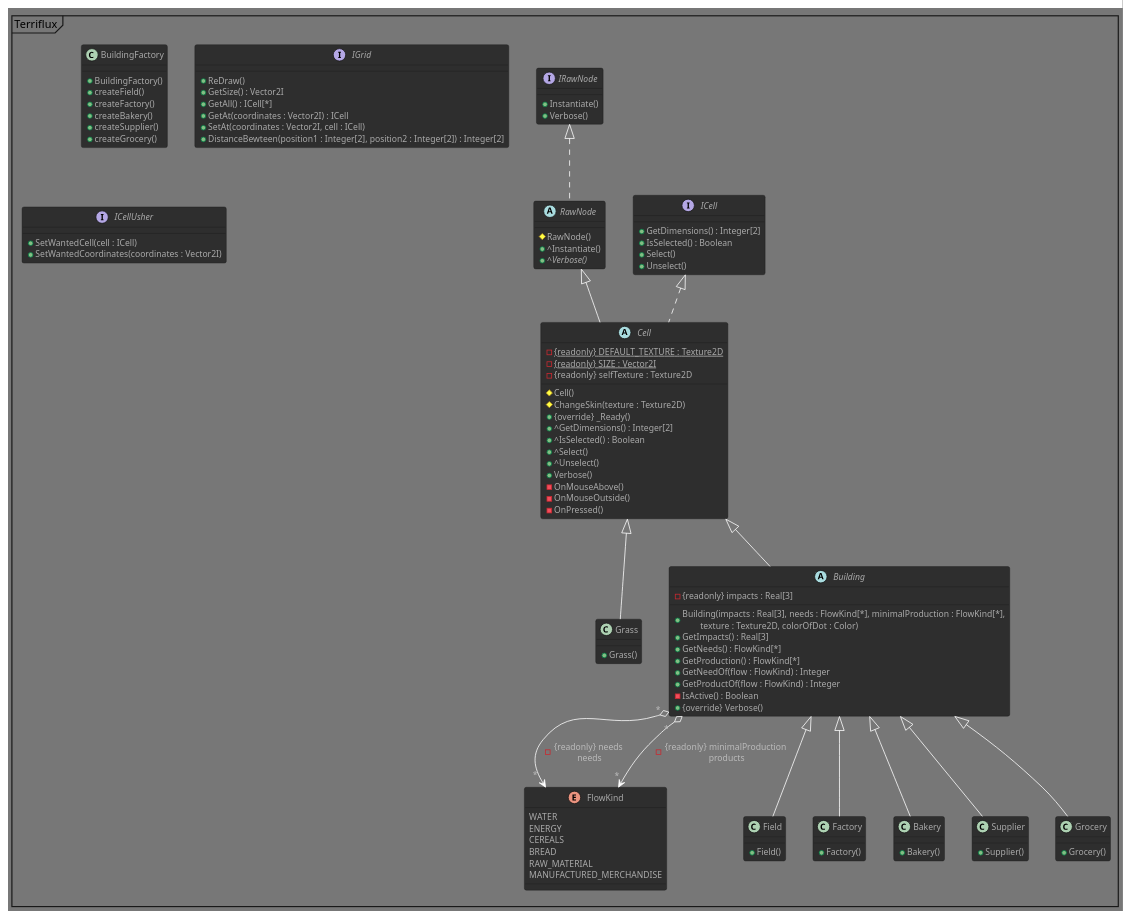
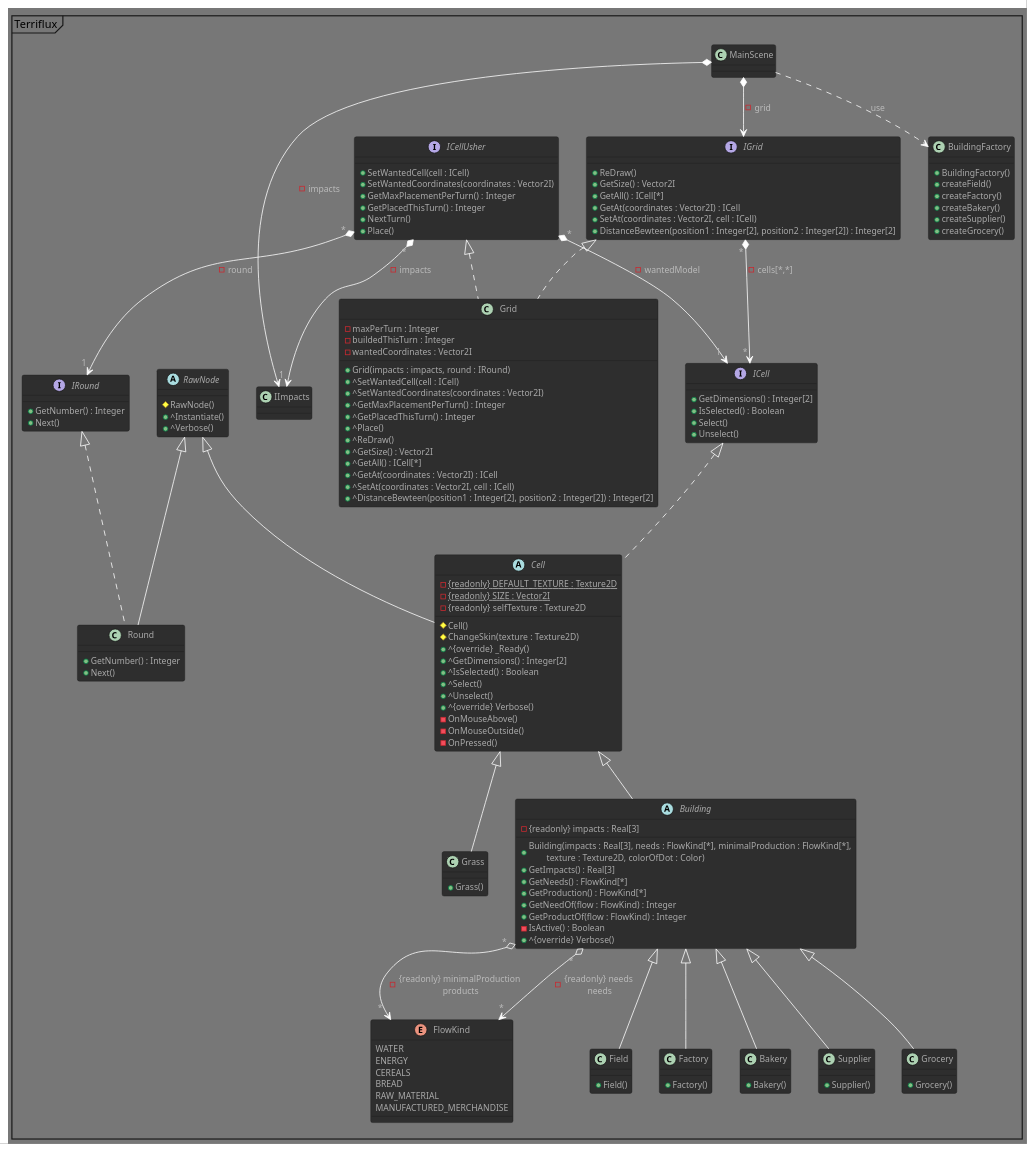
Before and after one commit to Spidermatou/Terriflux: the diagram in Terriflux.puml, drawn with PlantUML.

Commit message:
grid design

```diff
--- a/Terriflux.puml
+++ b/Terriflux.puml
@@ -1,123 +1,166 @@
-@startuml
+@startuml Terriflux
 !theme reddress-darkgreen
 
 mainframe Terriflux
 
+/' MAIN SCENE '/
+class MainScene
+{
+
+}
+MainScene *--> IImpacts : - impacts
+MainScene *--> IGrid : - grid
+MainScene ..> BuildingFactory : use  /' Via la PlacementList '/
+
 /' GENERAL '/
-interface IRawNode  /' Any node of our own creation '/
-{
-    + Instantiate() /' substitutes GD.Load '/
-    + Verbose()
-}
-abstract RawNode implements IRawNode /' extends Godot.Node '/
+/' Any node of our own creation '/
+abstract RawNode  /' extends Godot.Node '/
 {
     # RawNode() /' this.Name = this.getClass().ToString() '/ 
-    + ^Instantiate() /' (IRawNode) GD.Load<PackedScene>(chemin_vers_noeud + noeud.Name) '/
-    + ^{abstract} Verbose()
+    + ^Instantiate() /' (RawNode) GD.Load<PackedScene>(chemin_vers_noeud + noeud.Name) '/
+    + ^Verbose()
 }
 
 /' CELLS '/
 interface ICell 
 {
     + GetDimensions() : Integer[2] /' VectorI(x, y) '/
     + IsSelected() : Boolean
     + Select()
     + Unselect() /' TODO - actuel ResetTexture '/
 }
 abstract Cell extends RawNode implements ICell
 {
     - {static} {readonly} DEFAULT_TEXTURE : Texture2D
     - {static} {readonly} SIZE : Vector2I 
     - {readonly} selfTexture : Texture2D
     # Cell()
     # ChangeSkin(texture : Texture2D)
-    + {override} _Ready() /' ChangeSkin() '/
+    + ^{override} _Ready() /' ChangeSkin() '/
     + ^GetDimensions() : Integer[2] 
     + ^IsSelected() : Boolean
     + ^Select()
     + ^Unselect() 
-    + Verbose()
+    + ^{override} Verbose()
     - OnMouseAbove()
     - OnMouseOutside()
     - OnPressed()
 }
 class Grass extends Cell
 {
     + Grass() 
 }
 abstract Building extends Cell
 {
     - {readonly} impacts : Real[3]
     + Building(impacts : Real[3], needs : FlowKind[*], minimalProduction : FlowKind[*],\n\ttexture : Texture2D, colorOfDot : Color)
     + GetImpacts() : Real[3]
     + GetNeeds() : FlowKind[*]
     + GetProduction() : FlowKind[*]     /' minimal product '/
     + GetNeedOf(flow : FlowKind) : Integer
     + GetProductOf(flow : FlowKind) : Integer        /' minimal product '/
     - IsActive() : Boolean /' will produce sth this turn '/
-    + {override} Verbose()
+    + ^{override} Verbose()
 }
 /' needs & minimalProduction = (FlowKind, Integer)[*] '/
 Building" * " o--> " * "FlowKind : - {readonly} needs \n needs      
 Building" * " o--> " * "FlowKind : - {readonly} minimalProduction \n products
 enum FlowKind
 {
     WATER
     ENERGY
     CEREALS
     BREAD
     RAW_MATERIAL
     MANUFACTURED_MERCHANDISE
 }
 class Field extends Building
 {
     + Field()       /' 1.5, 4.0, -2.0; WATER,1 ; CEREALS,2 ; #Ce517b '/
 }
 class Factory extends Building
 {
     + Factory()    /' 8.5, -23.0, -11.8 ; WATER,3, ENERGY,7, RAW_MATERIAL,4 ; MANUFACTURED_MERCHANDISE,5 ; #Ce7651 '/
 }
 class Bakery extends Building
 {
     + Bakery()      /' 3.0, -1.0, -4.0 ; WATER,2, ENERGY,1, CEREALS,2 ; BREAD,3 ; #Ceb851 '/
 }
 class Supplier extends Building
 {
     + Supplier()        /' 2.5, -2.0, -5.0 ; ; WATER,5, ENERGY,6 ; #51ce60 '/
 }
 class Grocery extends Building
 {
     + Grocery()         /' 15.0, -2.5, -2.5 ; MANUFACTURED_MERCHANDISE,3, ENERGY,1 ; #51ceb4 '/
 }
 class BuildingFactory
 {
     + BuildingFactory()
     + createField()
     + createFactory()
     + createBakery()
     + createSupplier()
     + createGrocery()
 }
 
+/' ROUNDS '/
+interface IRound
+{
+    + GetNumber() : Integer
+    + Next()
+}
+class Round extends RawNode implements IRound
+{
+    + GetNumber() : Integer
+    + Next()
+}
 
-
+/' GRID '/
 interface IGrid
 {
     + ReDraw()              /' old update() & forceUpdate() '/  
     + GetSize() : Vector2I
     + GetAll() : ICell[*]       /' (ICell, Vector2I)[*] '/
     + GetAt(coordinates : Vector2I) : ICell
     + SetAt(coordinates : Vector2I, cell : ICell)
     + DistanceBewteen(position1 : Integer[2], position2 : Integer[2]) : Integer[2] /' Tuple<int, int> '/
 }
+IGrid" * " *--> " * "ICell : - cells[*,*] 
 /' gere uniquement le placement de cellule (et donc batiments) 
 et les operations qui le precedent/suivent (choix du type, des coordonnees, etc) '/
 interface ICellUsher  
 {
     + SetWantedCell(cell : ICell)
     + SetWantedCoordinates(coordinates : Vector2I)
+    + GetMaxPlacementPerTurn() : Integer
+    + GetPlacedThisTurn() : Integer
+    + NextTurn()
+    + Place()   /' Confirm the placement - old StartPlacement() '/
+}
+ICellUsher" * " *--> " 1 "ICell : - wantedModel 
+ICellUsher" * " *--> " 1 "IImpacts : - impacts 
+ICellUsher" * " *--> " 1 "IRound : - round 
+class Grid implements IGrid, ICellUsher
+{
+    - maxPerTurn : Integer
+    - buildedThisTurn : Integer
+    - wantedCoordinates : Vector2I
+    + Grid(impacts : impacts, round : IRound)
+    + ^SetWantedCell(cell : ICell)
+    + ^SetWantedCoordinates(coordinates : Vector2I)
+    + ^GetMaxPlacementPerTurn() : Integer
+    + ^GetPlacedThisTurn() : Integer
+    + ^Place()
+    + ^ReDraw()             
+    + ^GetSize() : Vector2I
+    + ^GetAll() : ICell[*]       
+    + ^GetAt(coordinates : Vector2I) : ICell
+    + ^SetAt(coordinates : Vector2I, cell : ICell)
+    + ^DistanceBewteen(position1 : Integer[2], position2 : Integer[2]) : Integer[2]
 }
 
 
 
+
 @enduml
```
